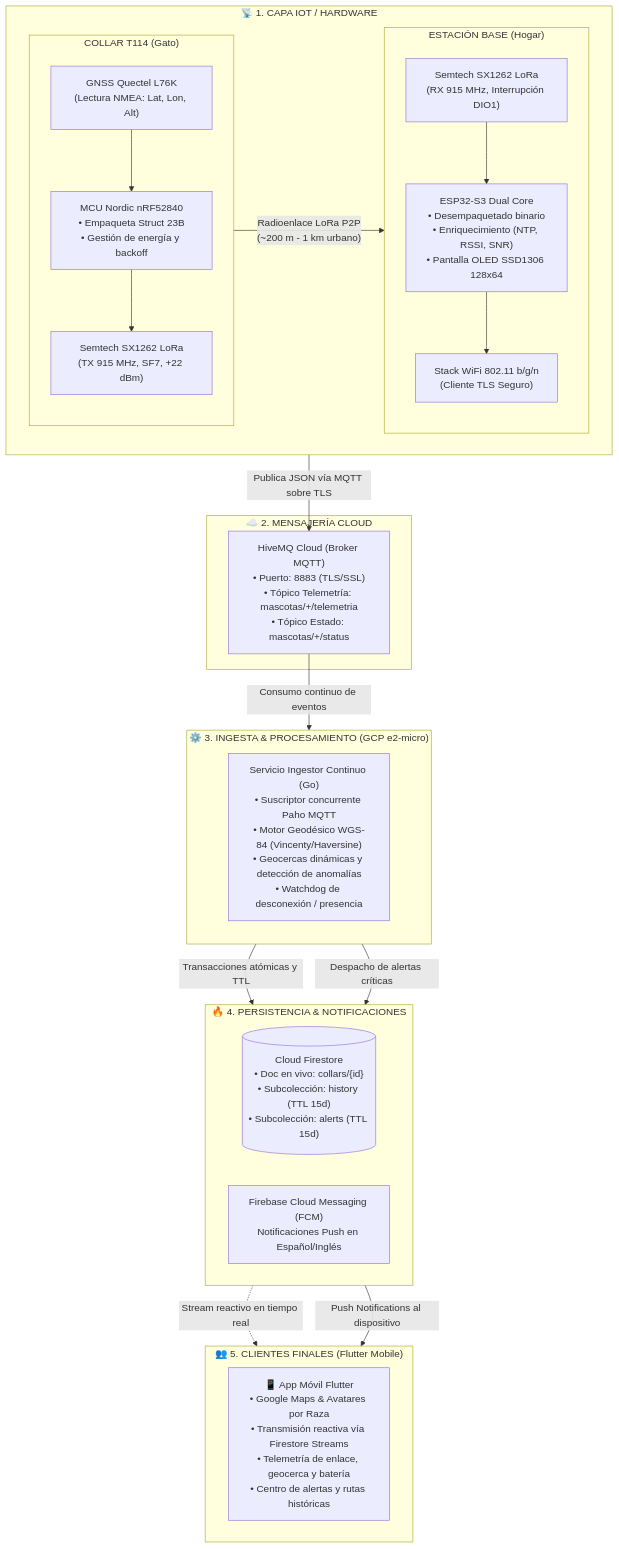
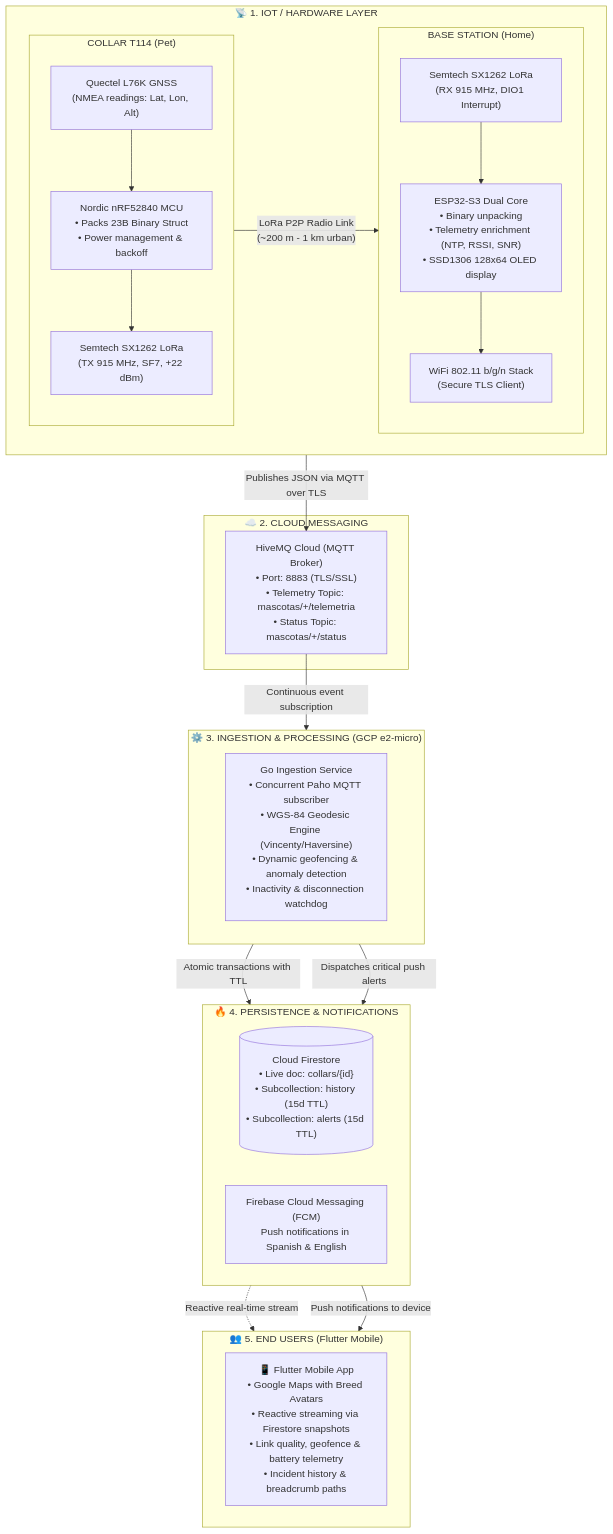
The first of 4 diagrams in README.md (Piero16301/Michi_Link), drawn with Mermaid before and after one commit. The commit also changed other lines of this file and 3 other files, not shown here.

First line of the commit message:
Document system architecture in English

````diff
--- a/README.md
+++ b/README.md
@@ -42,58 +109,58 @@
 ```mermaid
 flowchart TB
-    %% CAPA FÍSICA / IOT
-    subgraph IOT ["📡 1. CAPA IOT / HARDWARE"]
+    %% IOT / HARDWARE LAYER
+    subgraph IOT ["📡 1. IOT / HARDWARE LAYER"]
         direction LR
-        subgraph COLLAR ["COLLAR T114 (Gato)"]
+        subgraph COLLAR ["COLLAR T114 (Pet)"]
             direction TB
-            C1["GNSS Quectel L76K\n(Lectura NMEA: Lat, Lon, Alt)"]
-            C2["MCU Nordic nRF52840\n• Empaqueta Struct 23B\n• Gestión de energía y backoff"]
+            C1["Quectel L76K GNSS\n(NMEA readings: Lat, Lon, Alt)"]
+            C2["Nordic nRF52840 MCU\n• Packs 23B Binary Struct\n• Power management & backoff"]
             C3["Semtech SX1262 LoRa\n(TX 915 MHz, SF7, +22 dBm)"]
             C1 --> C2 --> C3
         end
 
-        subgraph BASE ["ESTACIÓN BASE (Hogar)"]
+        subgraph BASE ["BASE STATION (Home)"]
             direction TB
-            B1["Semtech SX1262 LoRa\n(RX 915 MHz, Interrupción DIO1)"]
-            B2["ESP32-S3 Dual Core\n• Desempaquetado binario\n• Enriquecimiento (NTP, RSSI, SNR)\n• Pantalla OLED SSD1306 128x64"]
-            B3["Stack WiFi 802.11 b/g/n\n(Cliente TLS Seguro)"]
+            B1["Semtech SX1262 LoRa\n(RX 915 MHz, DIO1 Interrupt)"]
+            B2["ESP32-S3 Dual Core\n• Binary unpacking\n• Telemetry enrichment (NTP, RSSI, SNR)\n• SSD1306 128x64 OLED display"]
+            B3["WiFi 802.11 b/g/n Stack\n(Secure TLS Client)"]
             B1 --> B2 --> B3
         end
 
-        C3 -->|"Radioenlace LoRa P2P\n(~200 m - 1 km urbano)"| B1
+        C3 -->|"LoRa P2P Radio Link\n(~200 m - 1 km urban)"| B1
     end
 
-    %% BROKER MQTT
-    subgraph BROKER_ZONE ["☁️ 2. MENSAJERÍA CLOUD"]
-        BROKER["HiveMQ Cloud (Broker MQTT)\n• Puerto: 8883 (TLS/SSL)\n• Tópico Telemetría: mascotas/+/telemetria\n• Tópico Estado: mascotas/+/status"]
+    %% CLOUD MESSAGING
+    subgraph BROKER_ZONE ["☁️ 2. CLOUD MESSAGING"]
+        BROKER["HiveMQ Cloud (MQTT Broker)\n• Port: 8883 (TLS/SSL)\n• Telemetry Topic: mascotas/+/telemetria\n• Status Topic: mascotas/+/status"]
     end
 
-    %% BACKEND GCP
-    subgraph BACKEND ["⚙️ 3. INGESTA & PROCESAMIENTO (GCP e2-micro)"]
+    %% GCP BACKEND
+    subgraph BACKEND ["⚙️ 3. INGESTION & PROCESSING (GCP e2-micro)"]
         direction TB
-        BE_GO["Servicio Ingestor Continuo (Go)\n• Suscriptor concurrente Paho MQTT\n• Motor Geodésico WGS-84 (Vincenty/Haversine)\n• Geocercas dinámicas y detección de anomalías\n• Watchdog de desconexión / presencia"]
+        BE_GO["Go Ingestion Service\n• Concurrent Paho MQTT subscriber\n• WGS-84 Geodesic Engine (Vincenty/Haversine)\n• Dynamic geofencing & anomaly detection\n• Inactivity & disconnection watchdog"]
     end
 
-    %% PERSISTENCIA Y NOTIFICACIONES
-    subgraph GOOGLE_SERVICES ["🔥 4. PERSISTENCIA & NOTIFICACIONES"]
+    %% PERSISTENCE AND NOTIFICATIONS
+    subgraph GOOGLE_SERVICES ["🔥 4. PERSISTENCE & NOTIFICATIONS"]
         direction LR
-        DB[("Cloud Firestore\n• Doc en vivo: collars/{id}\n• Subcolección: history (TTL 15d)\n• Subcolección: alerts (TTL 15d)")]
-        FCM["Firebase Cloud Messaging (FCM)\nNotificaciones Push en Español/Inglés"]
+        DB[("Cloud Firestore\n• Live doc: collars/{id}\n• Subcollection: history (15d TTL)\n• Subcollection: alerts (15d TTL)")]
+        FCM["Firebase Cloud Messaging (FCM)\nPush notifications in Spanish & English"]
     end
 
-    %% CLIENTES FINALES
-    subgraph CLIENTES ["👥 5. CLIENTES FINALES (Flutter Mobile)"]
+    %% MOBILE CLIENTS
+    subgraph CLIENTES ["👥 5. END USERS (Flutter Mobile)"]
         direction LR
-        CLI_APP["📱 App Móvil Flutter\n• Google Maps & Avatares por Raza\n• Transmisión reactiva vía Firestore Streams\n• Telemetría de enlace, geocerca y batería\n• Centro de alertas y rutas históricas"]
+        CLI_APP["📱 Flutter Mobile App\n• Google Maps with Breed Avatars\n• Reactive streaming via Firestore snapshots\n• Link quality, geofence & battery telemetry\n• Incident history & breadcrumb paths"]
     end
 
-    %% CONEXIONES ENTRE CAPAS
-    B3 -->|"Publica JSON vía MQTT sobre TLS"| BROKER
-    BROKER -->|"Consumo continuo de eventos"| BE_GO
+    %% LAYER CONNECTIONS
+    B3 -->|"Publishes JSON via MQTT over TLS"| BROKER
+    BROKER -->|"Continuous event subscription"| BE_GO
 
-    BE_GO -->|"Transacciones atómicas y TTL"| DB
-    BE_GO -->|"Despacho de alertas críticas"| FCM
+    BE_GO -->|"Atomic transactions with TTL"| DB
+    BE_GO -->|"Dispatches critical push alerts"| FCM
 
-    DB -.->|"Stream reactivo en tiempo real"| CLI_APP
-    FCM -->|"Push Notifications al dispositivo"| CLI_APP
+    DB -.->|"Reactive real-time stream"| CLI_APP
+    FCM -->|"Push notifications to device"| CLI_APP
 ```
````
